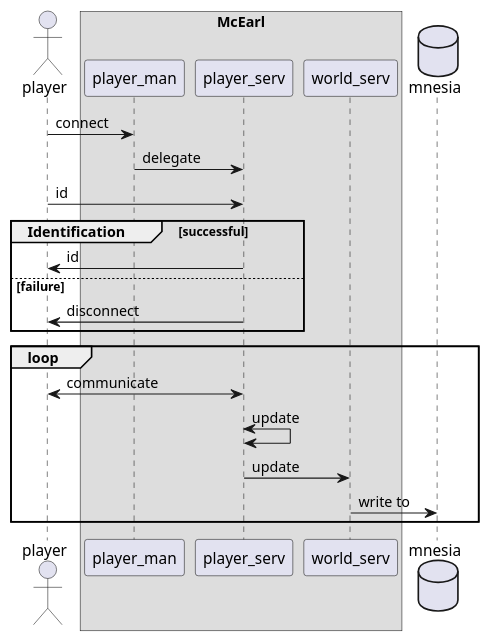
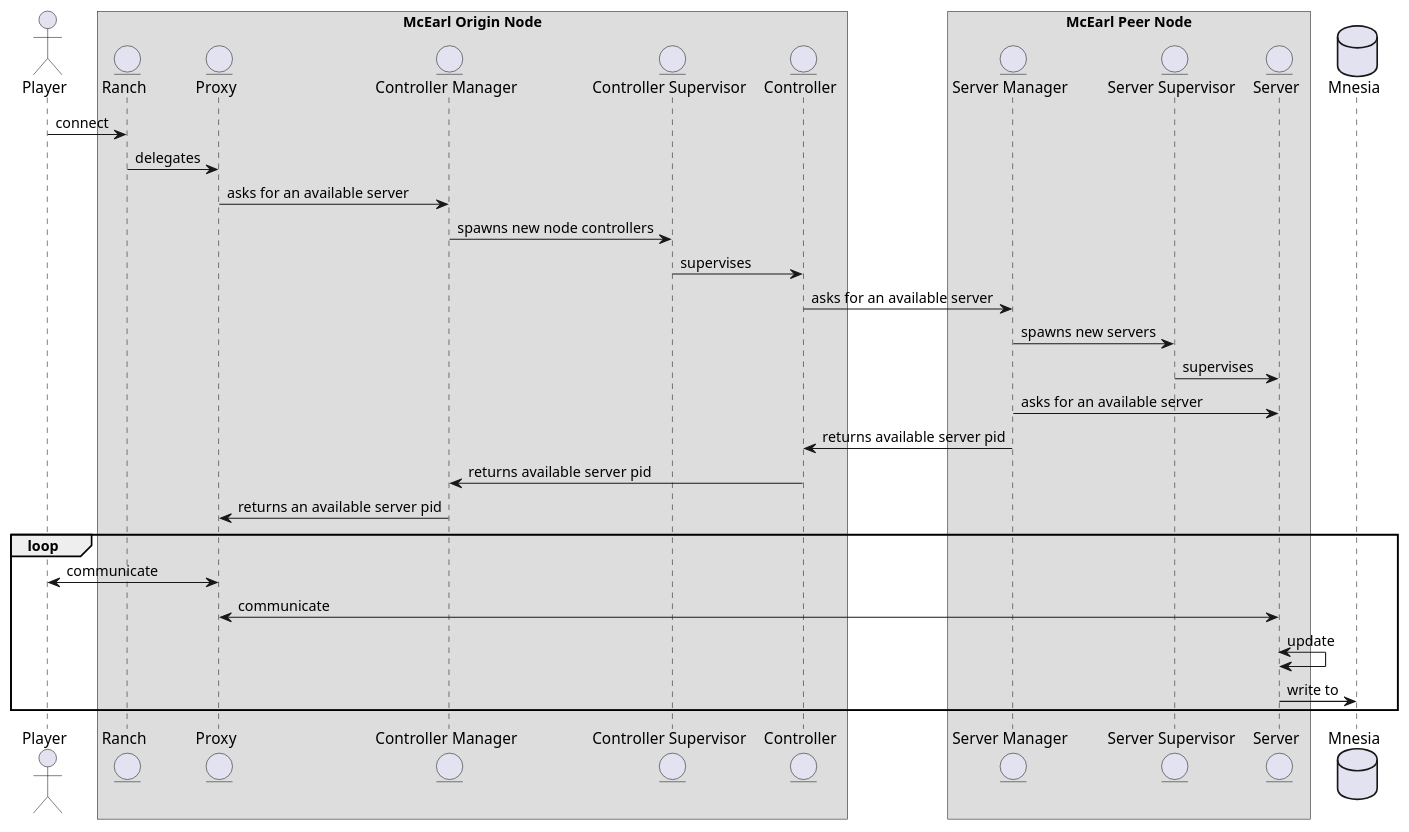
One commit to OT7EtoYoshimura/mcearl changed the diagram in doc/diagrams/sequence.puml. Above: the diagram before and after it, drawn with PlantUML. The commit also changed 9 other files, not shown here.

Commit message:
Update diagrams

```diff
--- a/doc/diagrams/sequence.puml
+++ b/doc/diagrams/sequence.puml
@@ -1,29 +1,41 @@
 @startuml
 
-actor player as player
+actor Player as player
 
-box "McEarl"
-participant player_man
-participant player_serv
-participant world_serv
+box "McEarl Origin Node"
+entity Ranch as ranch
+entity Proxy as proxy
+entity "Controller Manager" as controller_man
+entity "Controller Supervisor" as controller_sup
+entity Controller as controller
 end box
-database mnesia as mnesia
 
-player -> player_man : connect
-player_man -> player_serv : delegate
-player -> player_serv : id
+box "McEarl Peer Node"
+entity "Server Manager" as server_man
+entity "Server Supervisor" as server_sup
+entity Server as server
+end box
 
-group Identification [successful]
-	player_serv -> player : id
-else failure
-	player_serv -> player : disconnect
-end
+database Mnesia as mnesia
 
-loop 
-	player_serv <-> player : communicate
-	player_serv <-> player_serv : update
-	player_serv -> world_serv : update
-	world_serv -> mnesia : write to
+player -> ranch : connect
+ranch -> proxy : delegates
+proxy -> controller_man : asks for an available server
+controller_man -> controller_sup: spawns new node controllers
+controller_sup -> controller : supervises
+controller -> server_man : asks for an available server
+server_man -> server_sup : spawns new servers
+server_sup -> server: supervises
+server_man -> server : asks for an available server
+server_man -> controller: returns available server pid
+controller -> controller_man: returns available server pid
+controller_man -> proxy : returns an available server pid
+
+loop
+	player <-> proxy : communicate
+	proxy <-> server : communicate
+	server <-> server : update
+	server -> mnesia : write to
 end
 
 @enduml
```
